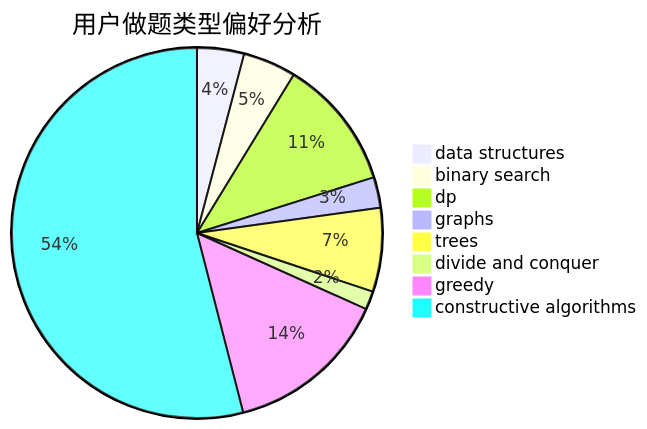
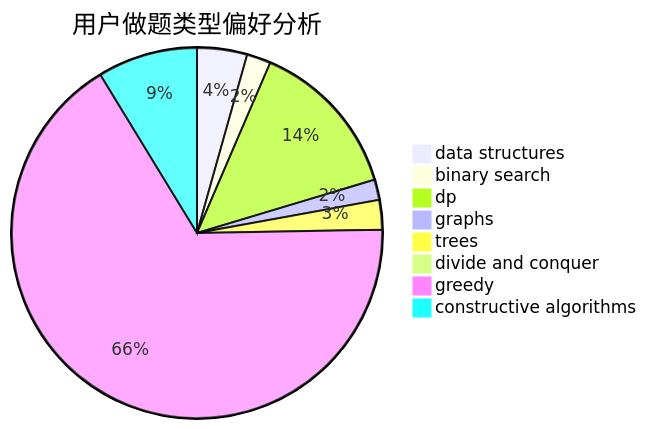
One commit to sherpahu/cfrs.github.io changed the second of 3 diagrams in docs/user/u1615.md. Above: the diagram before and after it, drawn with Mermaid. The commit also changed other lines of this file and 2770 other files, not shown here.

````diff
--- a/docs/user/u1615.md
+++ b/docs/user/u1615.md
@@ -23,11 +23,11 @@
 ```mermaid
 pie title 用户做题类型偏好分析
-    "data structures" :  23
-    "binary search" :  26
-    "dp" :  64
-    "graphs" :  15
-    "trees" :  41
-    "divide and conquer" :  9
-    "greedy" :  80
-    "constructive algorithms" :  303
+    "data structures" :  27
+    "binary search" :  13
+    "dp" :  86
+    "graphs" :  11
+    "trees" :  16
+    "divide and conquer" :  1
+    "greedy" :  412
+    "constructive algorithms" :  54
 ```
````
